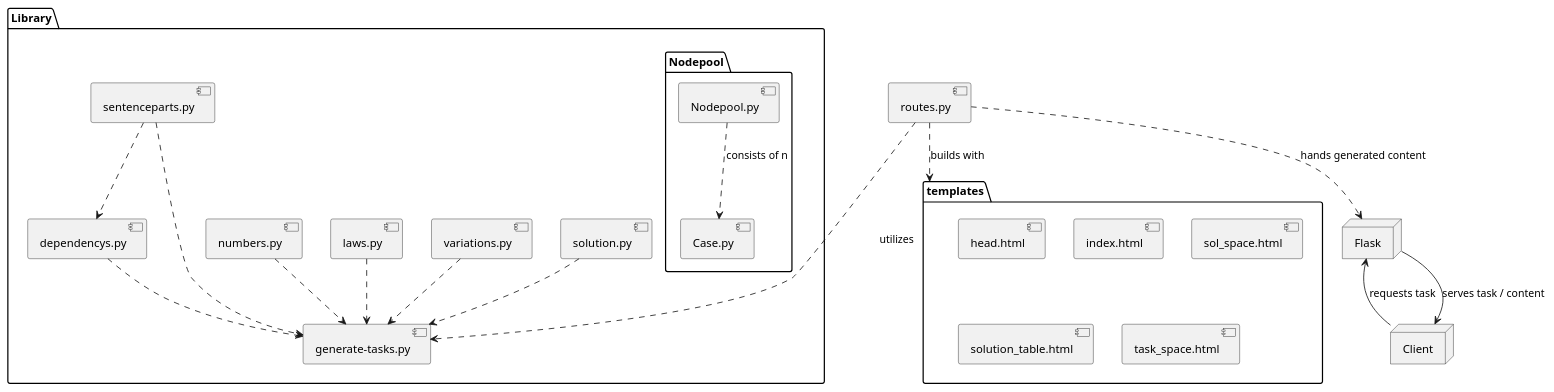
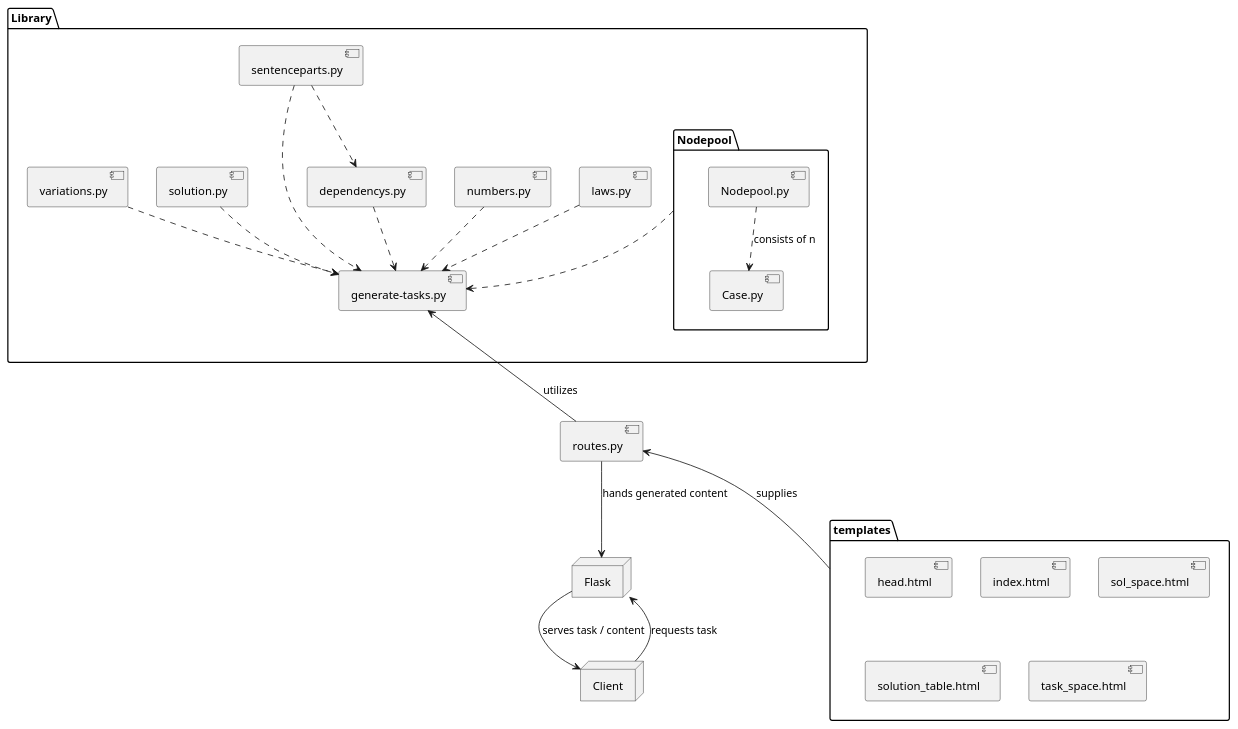
Before and after one commit to EdLaser/aladin-rdk: the diagram in bericht/7-Woche/components.puml, drawn with PlantUML. The commit also changed 1 other file, not shown here.

```diff
--- a/bericht/7-Woche/components.puml
+++ b/bericht/7-Woche/components.puml
@@ -1,39 +1,40 @@
 @startuml Components
 package "Library" {
   package "Nodepool" {
     [Nodepool.py] ..> [Case.py] : consists of n
   }
 
   [dependencys.py] ..> [generate-tasks.py]
   [laws.py] ..> [generate-tasks.py]
   [numbers.py] ..> [generate-tasks.py]
   [sentenceparts.py] ..> [generate-tasks.py]
   [sentenceparts.py] ..> [dependencys.py]
   [solution.py] ..> [generate-tasks.py]
   [variations.py] ..> [generate-tasks.py]
+  [Nodepool] ..> [generate-tasks.py]
 }
 
 package "templates" {
   [head.html]
   [index.html]
   [sol_space.html]
   [solution_table.html]
   [task_space.html]
 }
 
-[routes.py] ..> [generate-tasks.py] : utilizes
-[routes.py] ..> Flask : hands generated content
-[routes.py] ..> templates : builds with
+[routes.py] -u-> [generate-tasks.py] : utilizes
+[routes.py] -d-> Flask : hands generated content
+[routes.py] <-d- templates : supplies
 
 Library -[hidden]d-> templates
 
 node "Flask" {
 
 }
 node "Client" {
 
 }
 
-Client -up-> Flask : requests task
-Flask -down-> Client : serves task / content
+Client --> Flask : requests task
+Flask -> Client : serves task / content
 @enduml
```
